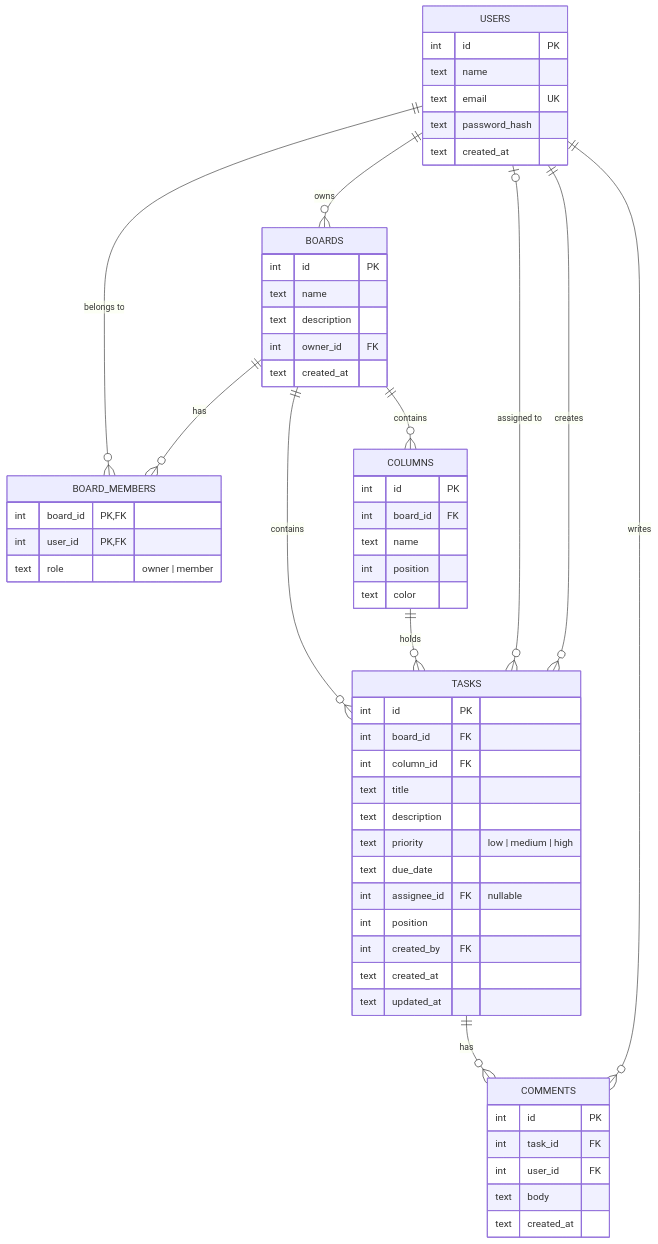
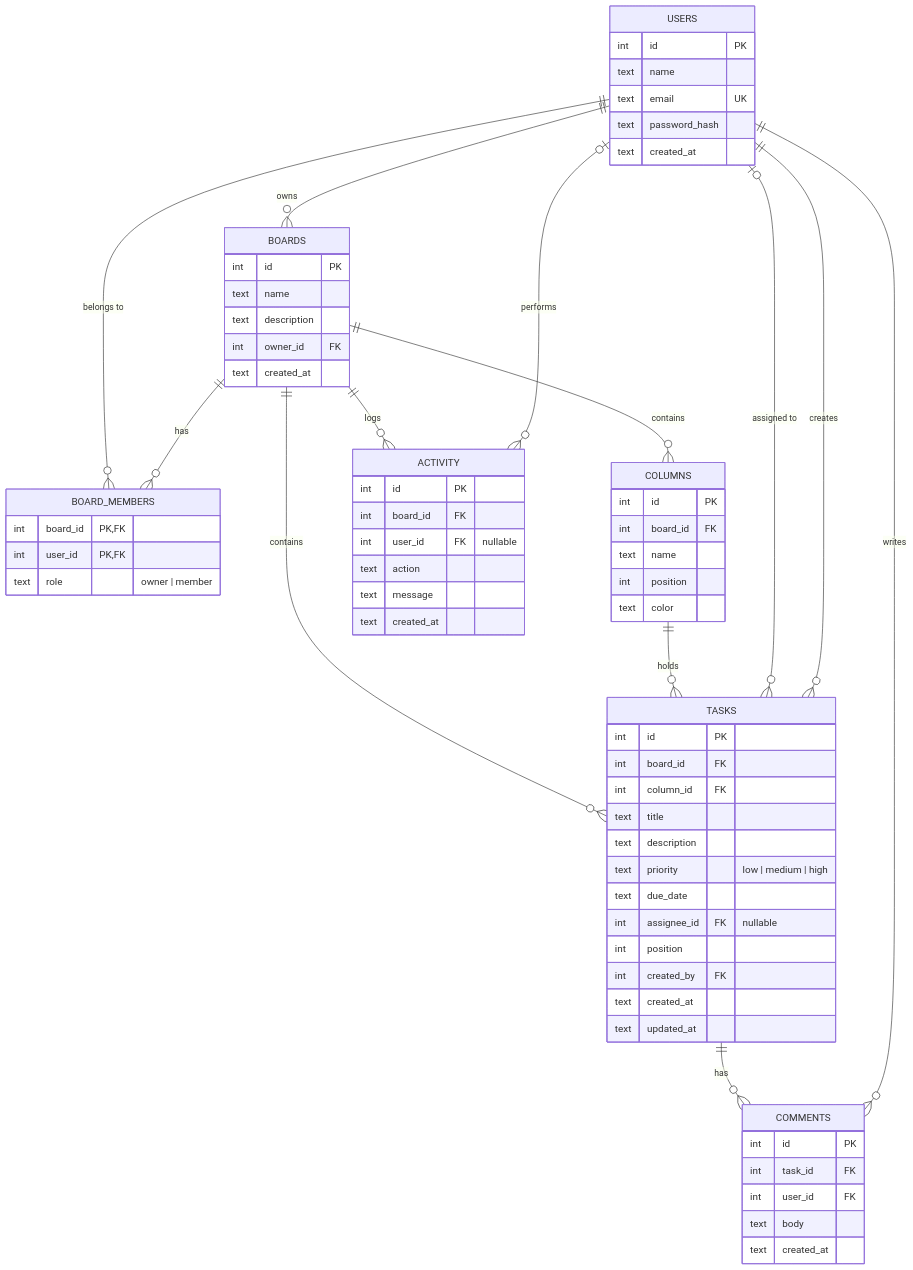
The diagram in docs/ER_DIAGRAM.md (shreyamishra5010-create/testry), drawn with Mermaid before and after one commit. The commit also changed other lines of this file and 16 other files, not shown here.

````diff
--- a/docs/ER_DIAGRAM.md
+++ b/docs/ER_DIAGRAM.md
@@ -3,61 +3,71 @@
 ```mermaid
 erDiagram
     USERS ||--o{ BOARDS : owns
     USERS ||--o{ BOARD_MEMBERS : "belongs to"
     BOARDS ||--o{ BOARD_MEMBERS : has
     BOARDS ||--o{ COLUMNS : contains
     BOARDS ||--o{ TASKS : contains
     COLUMNS ||--o{ TASKS : holds
     USERS |o--o{ TASKS : "assigned to"
     USERS ||--o{ TASKS : creates
     TASKS ||--o{ COMMENTS : has
     USERS ||--o{ COMMENTS : writes
+    BOARDS ||--o{ ACTIVITY : logs
+    USERS |o--o{ ACTIVITY : performs
 
     USERS {
         int id PK
         text name
         text email UK
         text password_hash
         text created_at
     }
     BOARDS {
         int id PK
         text name
         text description
         int owner_id FK
         text created_at
     }
     BOARD_MEMBERS {
         int board_id PK,FK
         int user_id PK,FK
         text role "owner | member"
     }
     COLUMNS {
         int id PK
         int board_id FK
         text name
         int position
         text color
     }
     TASKS {
         int id PK
         int board_id FK
         int column_id FK
         text title
         text description
         text priority "low | medium | high"
         text due_date
         int assignee_id FK "nullable"
         int position
         int created_by FK
         text created_at
         text updated_at
     }
     COMMENTS {
         int id PK
         int task_id FK
         int user_id FK
         text body
         text created_at
     }
+    ACTIVITY {
+        int id PK
+        int board_id FK
+        int user_id FK "nullable"
+        text action
+        text message
+        text created_at
+    }
 ```
````
